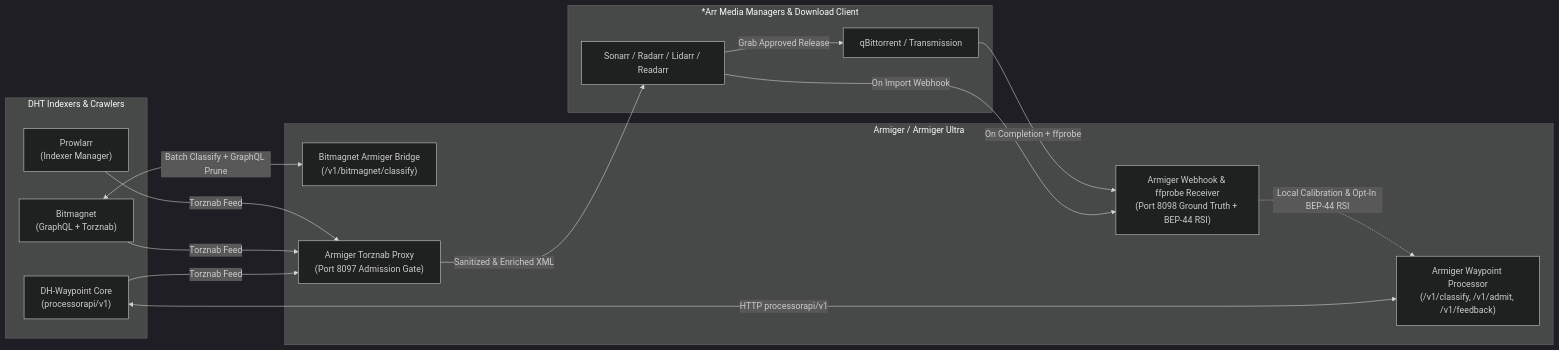
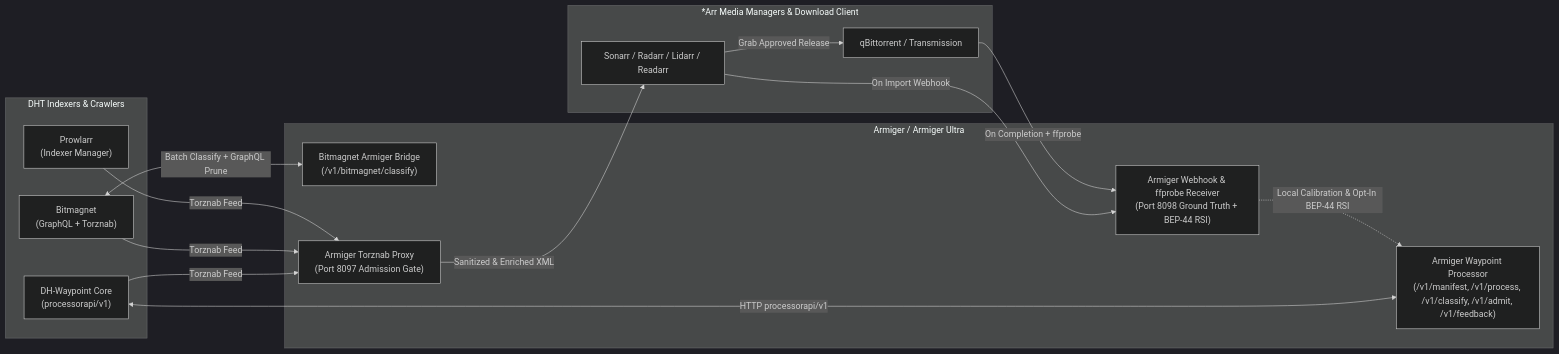
One commit to spencernorton/armiger changed the diagram in docs/INTEGRATION_GUIDE.md. Above: the diagram before and after it, drawn with Mermaid (dark theme). The commit also changed other lines of this file and 31 other files, not shown here.

Commit message:
Align chart cohorts/labels, cryptographic bindings, and legal/documentation precision (#5)

````diff
--- a/docs/INTEGRATION_GUIDE.md
+++ b/docs/INTEGRATION_GUIDE.md
@@ -20,31 +20,31 @@
 ```mermaid
 flowchart LR
     subgraph Indexers["DHT Indexers & Crawlers"]
         DHW["DH-Waypoint Core<br/>(processorapi/v1)"]
         BM["Bitmagnet<br/>(GraphQL + Torznab)"]
         PR["Prowlarr<br/>(Indexer Manager)"]
     end
 
     subgraph ArmigerSuite["Armiger / Armiger Ultra"]
-        PROC["Armiger Waypoint Processor<br/>(/v1/classify, /v1/admit, /v1/feedback)"]
+        PROC["Armiger Waypoint Processor<br/>(/v1/manifest, /v1/process, /v1/classify, /v1/admit, /v1/feedback)"]
         BMBR["Bitmagnet Armiger Bridge<br/>(/v1/bitmagnet/classify)"]
         TPROXY["Armiger Torznab Proxy<br/>(Port 8097 Admission Gate)"]
         WHOOK["Armiger Webhook & ffprobe Receiver<br/>(Port 8098 Ground Truth + BEP-44 RSI)"]
     end
 
     subgraph ArrStack["*Arr Media Managers & Download Client"]
         SON["Sonarr / Radarr / Lidarr / Readarr"]
         QBT["qBittorrent / Transmission"]
     end
 
     DHW <-->|"HTTP processorapi/v1"| PROC
     BM <-->|"Batch Classify + GraphQL Prune"| BMBR
     DHW -->|"Torznab Feed"| TPROXY
     BM -->|"Torznab Feed"| TPROXY
     PR -->|"Torznab Feed"| TPROXY
     TPROXY -->|"Sanitized & Enriched XML"| SON
     SON -->|"Grab Approved Release"| QBT
     SON -->|"On Import Webhook"| WHOOK
     QBT -->|"On Completion + ffprobe"| WHOOK
     WHOOK -.->|"Local Calibration & Opt-In BEP-44 RSI"| PROC
 ```
````
